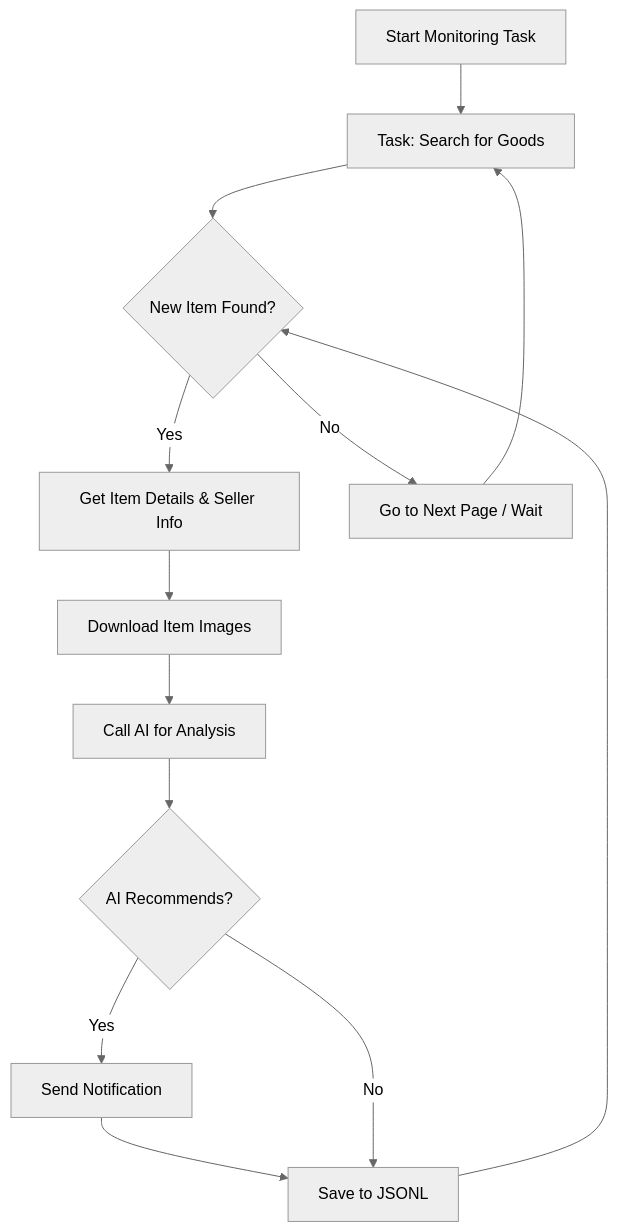
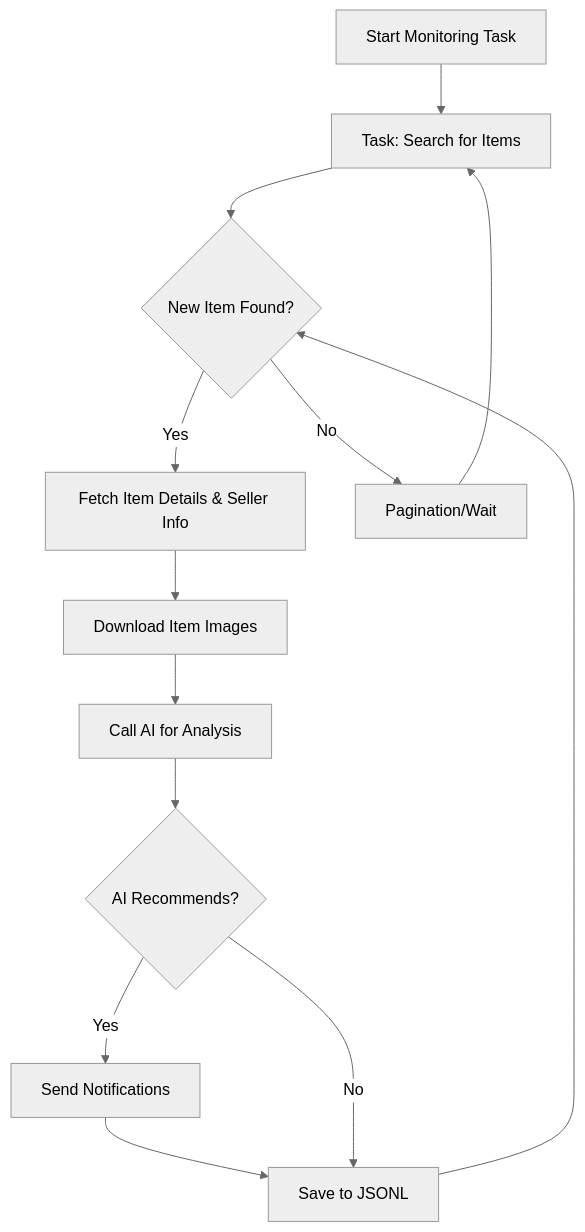
One commit to saurav-z/repo-docs changed the diagram in docs/dingyufei615-ai-goofish-monitor.md. Above: the diagram before and after it, drawn with Mermaid (neutral theme). The commit also changed other lines of this file and 212 other files, not shown here.

````diff
--- a/docs/dingyufei615-ai-goofish-monitor.md
+++ b/docs/dingyufei615-ai-goofish-monitor.md
@@ -181,15 +119,15 @@
 ```mermaid
 graph TD
-    A[Start Monitoring Task] --> B[Task: Search for Goods];
+    A[Start Monitoring Task] --> B[Task: Search for Items];
     B --> C{New Item Found?};
-    C -- Yes --> D[Get Item Details & Seller Info];
+    C -- Yes --> D[Fetch Item Details & Seller Info];
     D --> E[Download Item Images];
     E --> F[Call AI for Analysis];
     F --> G{AI Recommends?};
-    G -- Yes --> H[Send Notification];
+    G -- Yes --> H[Send Notifications];
     H --> I[Save to JSONL];
     G -- No --> I;
-    C -- No --> J[Go to Next Page / Wait];
+    C -- No --> J[Pagination/Wait];
     J --> B;
     I --> C;
 ```
````
